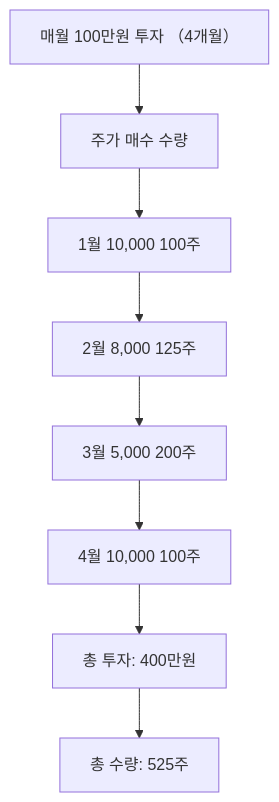
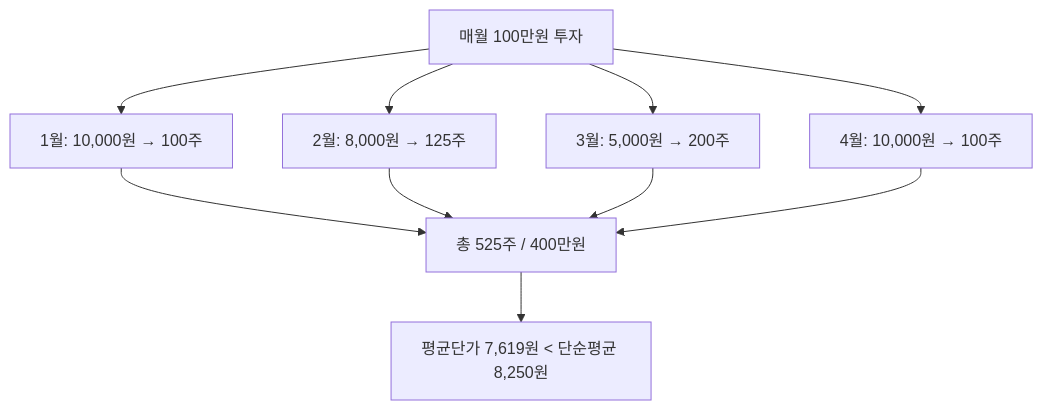
One commit to yeongseon/stock-visual-note changed the diagram in content/stock-terms/ko/level-10-company-analysis/dollar-cost-averaging.md. Above: the diagram before and after it, drawn with Mermaid. The commit also changed other lines of this file and 96 other files, not shown here.

Commit message:
Rewrite all 98 remaining articles: branching Mermaid diagrams, natural search_intent, compelling seo_titles, clean descriptions

````diff
--- a/content/stock-terms/ko/level-10-company-analysis/dollar-cost-averaging.md
+++ b/content/stock-terms/ko/level-10-company-analysis/dollar-cost-averaging.md
@@ -42,18 +42,13 @@
 ```mermaid
 graph TD
-    N0["매월 100만원 투자 （4개월）"]
-    N1["주가 매수 수량"]
-    N2["1월 10,000 100주"]
-    N3["2월 8,000 125주"]
-    N4["3월 5,000 200주"]
-    N5["4월 10,000 100주"]
-    N6["총 투자: 400만원"]
-    N7["총 수량: 525주"]
-    N0 --> N1
-    N1 --> N2
-    N2 --> N3
-    N3 --> N4
-    N4 --> N5
-    N5 --> N6
-    N6 --> N7
+    A["매월 100만원 투자"]
+    A --> B["1월: 10,000원 → 100주"]
+    A --> C["2월: 8,000원 → 125주"]
+    A --> D["3월: 5,000원 → 200주"]
+    A --> E["4월: 10,000원 → 100주"]
+    B --> F["총 525주 / 400만원"]
+    C --> F
+    D --> F
+    E --> F
+    F --> G["평균단가 7,619원 < 단순평균 8,250원"]
 ```
````
